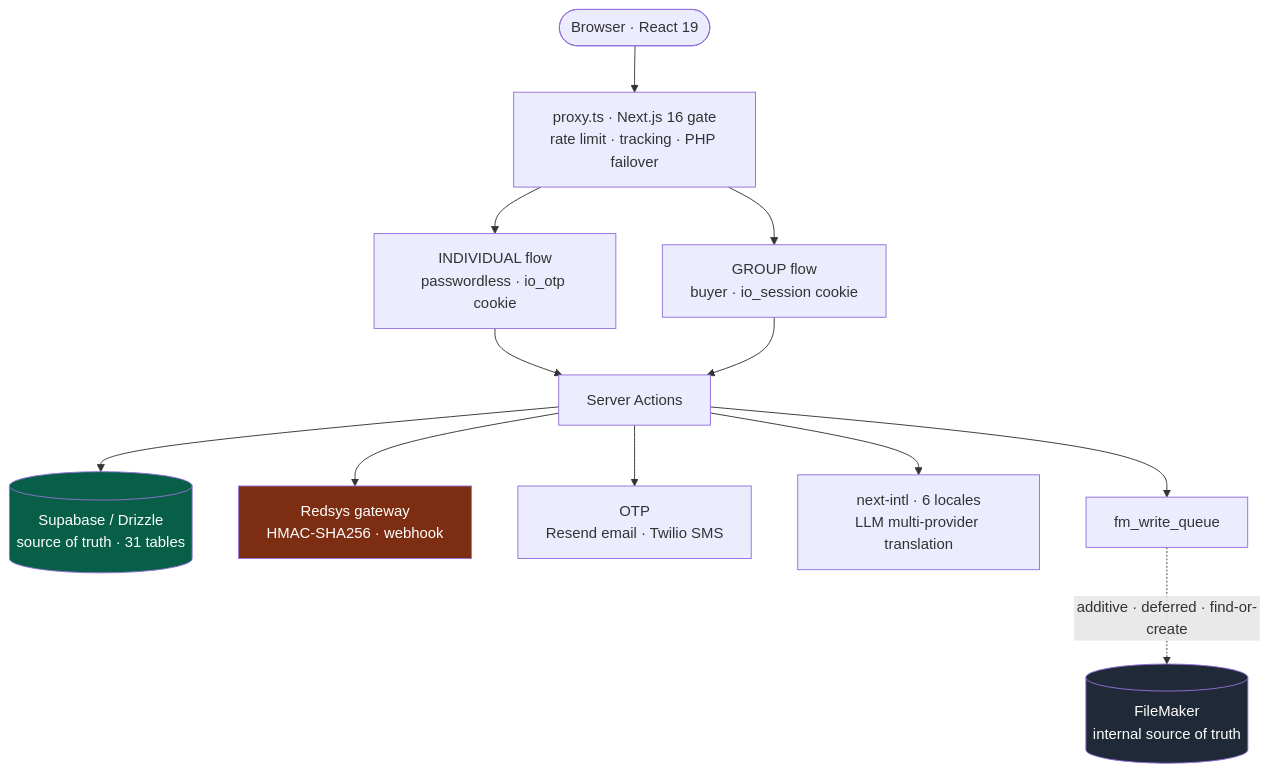
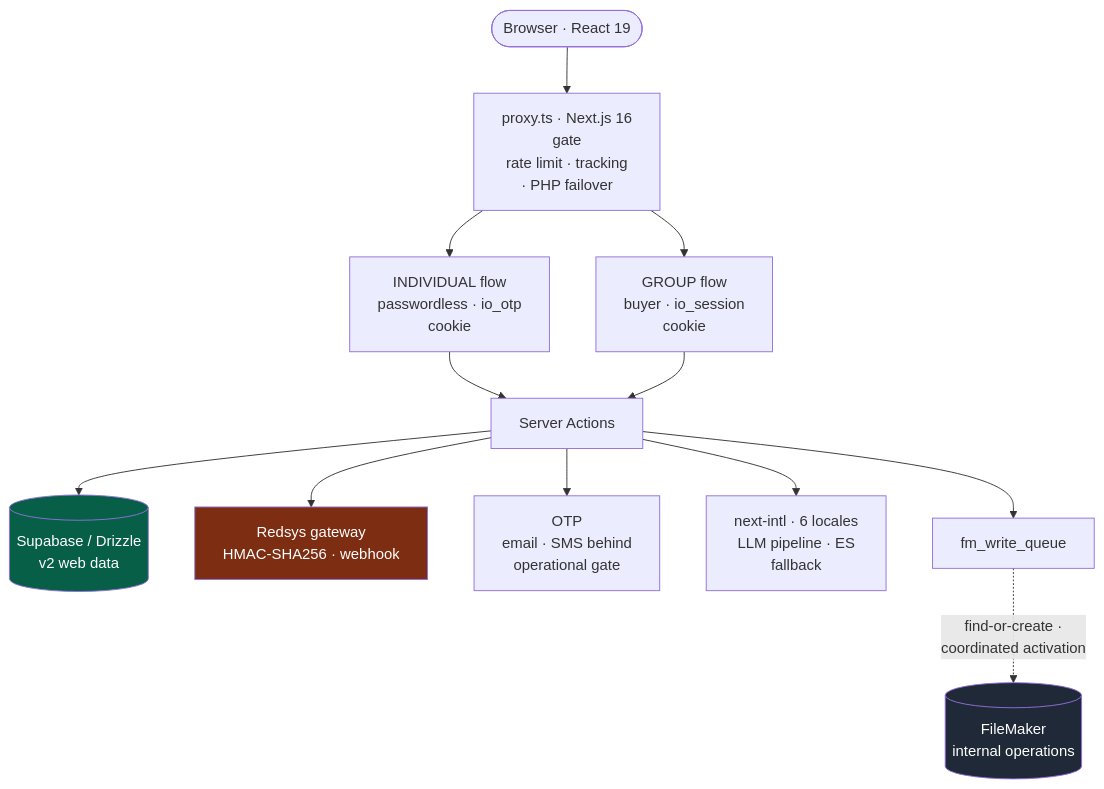
One commit to aleglope/production-systems-case-studies changed the first of 2 diagrams in projects/online-registration.md. Above: the diagram before and after it, drawn with Mermaid. The commit also changed other lines of this file and 25 other files, not shown here.

````diff
--- a/projects/online-registration.md
+++ b/projects/online-registration.md
@@ -41,20 +47,20 @@
 ```mermaid
 flowchart TB
-    NAV(["Browser · React 19"]) --> PROXY["proxy.ts · Next.js 16 gate<br/>rate limit · tracking · PHP failover"]
-    PROXY --> IND["INDIVIDUAL flow<br/>passwordless · io_otp cookie"]
-    PROXY --> GRP["GROUP flow<br/>buyer · io_session cookie"]
+    NAV(["Browser · React 19"]) --> PROXY["proxy.ts · Next.js 16<br/>gate<br/>rate limit · tracking<br/>· PHP failover"]
+    PROXY --> IND["INDIVIDUAL flow<br/>passwordless · io_otp<br/>cookie"]
+    PROXY --> GRP["GROUP flow<br/>buyer · io_session<br/>cookie"]
 
     IND --> SA["Server Actions"]
     GRP --> SA
-    SA --> DB[("Supabase / Drizzle<br/>source of truth · 31 tables")]
+    SA --> DB[("Supabase / Drizzle<br/>v2 web data")]
     SA --> REDSYS["Redsys gateway<br/>HMAC-SHA256 · webhook"]
-    SA --> OTP["OTP<br/>Resend email · Twilio SMS"]
-    SA --> I18N["next-intl · 6 locales<br/>LLM multi-provider translation"]
+    SA --> OTP["OTP<br/>email · SMS behind<br/>operational gate"]
+    SA --> I18N["next-intl · 6 locales<br/>LLM pipeline · ES<br/>fallback"]
 
     SA --> Q["fm_write_queue"]
-    Q -. "additive · deferred · find-or-create" .-> FM[("FileMaker<br/>internal source of truth")]
+    Q -. "find-or-create ·<br/>coordinated activation" .-> FM[("FileMaker<br/>internal operations")]
 
     style DB fill:#065f46,color:#fff
     style FM fill:#1f2937,color:#fff
     style REDSYS fill:#7c2d12,color:#fff
 ```
````
